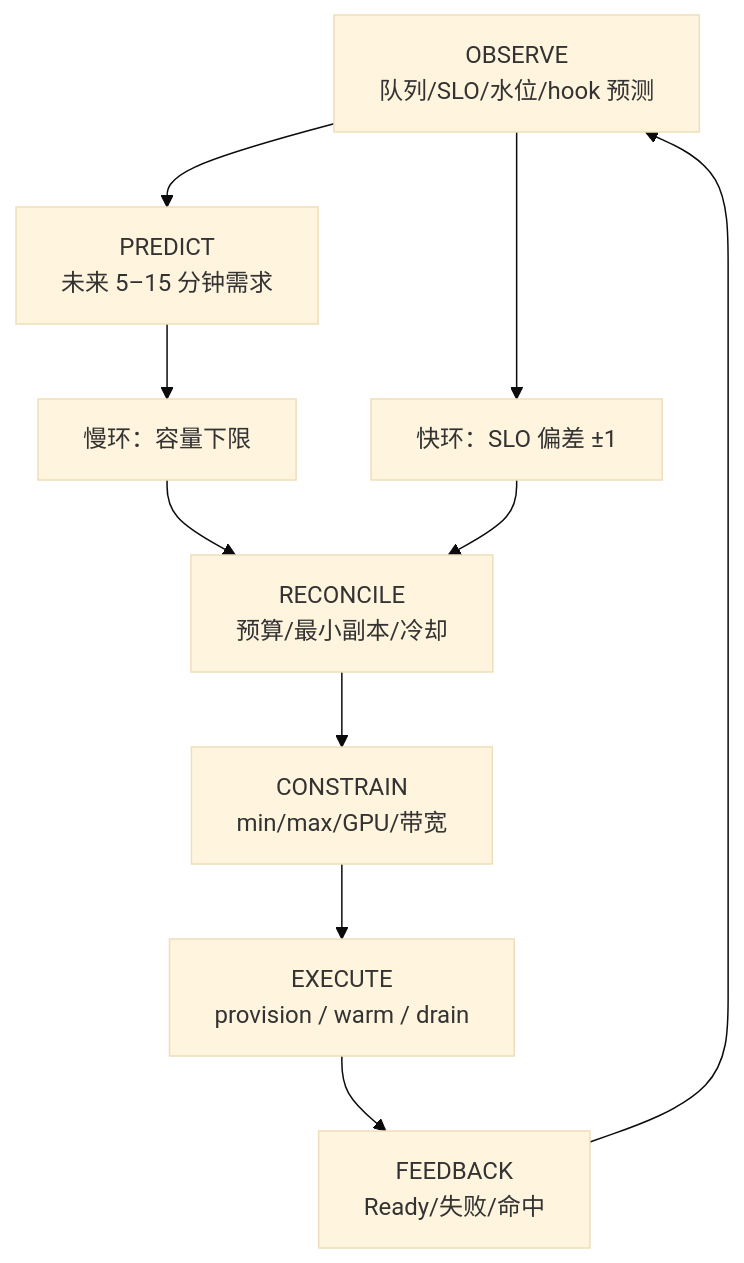
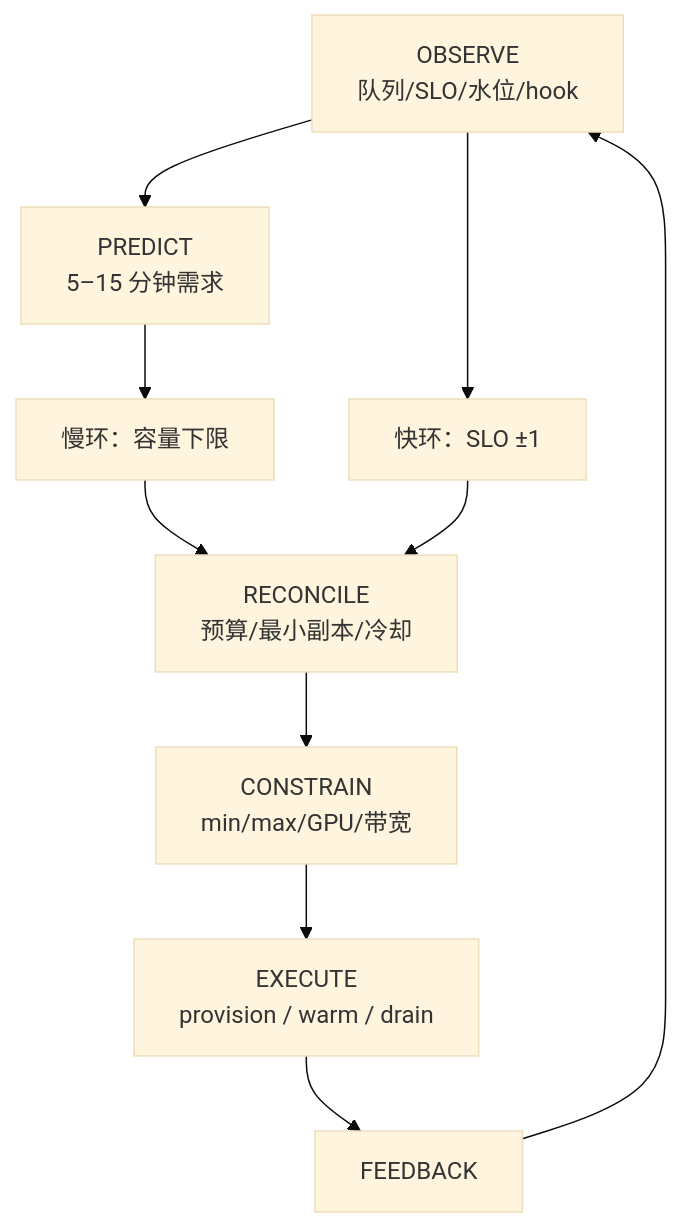
The eighth of 14 diagrams in kvcm/design/D8-joint-scheduling.md (5x8-40/lake), drawn with Mermaid (base theme) before and after one commit. The commit also changed other lines of this file and 5 other files, not shown here.

````diff
--- a/kvcm/design/D8-joint-scheduling.md
+++ b/kvcm/design/D8-joint-scheduling.md
@@ -746,12 +411,12 @@
 ```mermaid
 flowchart TB
-    O["OBSERVE<br/>队列/SLO/水位/hook 预测"] --> P["PREDICT<br/>未来 5–15 分钟需求"]
+    O["OBSERVE<br/>队列/SLO/水位/hook"] --> P["PREDICT<br/>5–15 分钟需求"]
     P --> SL["慢环：容量下限"]
-    O --> FL["快环：SLO 偏差 ±1"]
+    O --> FL["快环：SLO ±1"]
     SL --> R["RECONCILE<br/>预算/最小副本/冷却"]
     FL --> R
     R --> C["CONSTRAIN<br/>min/max/GPU/带宽"]
     C --> E["EXECUTE<br/>provision / warm / drain"]
-    E --> F["FEEDBACK<br/>Ready/失败/命中"]
+    E --> F["FEEDBACK"]
     F --> O
 ```
````
